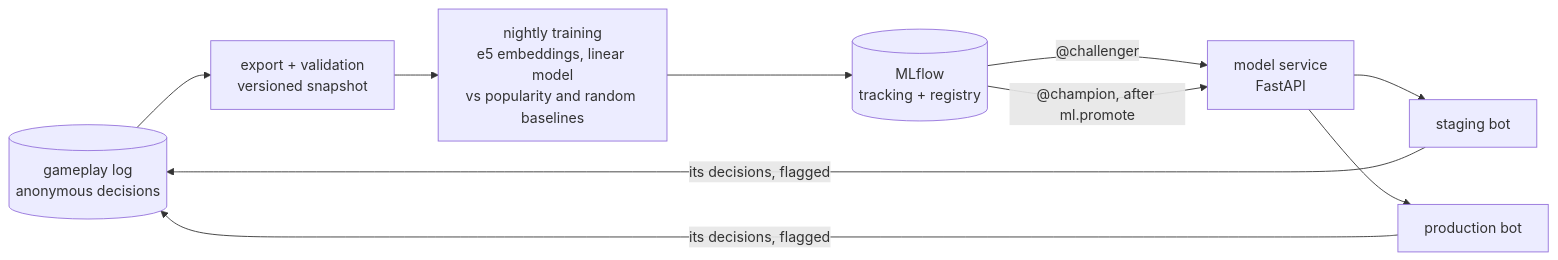
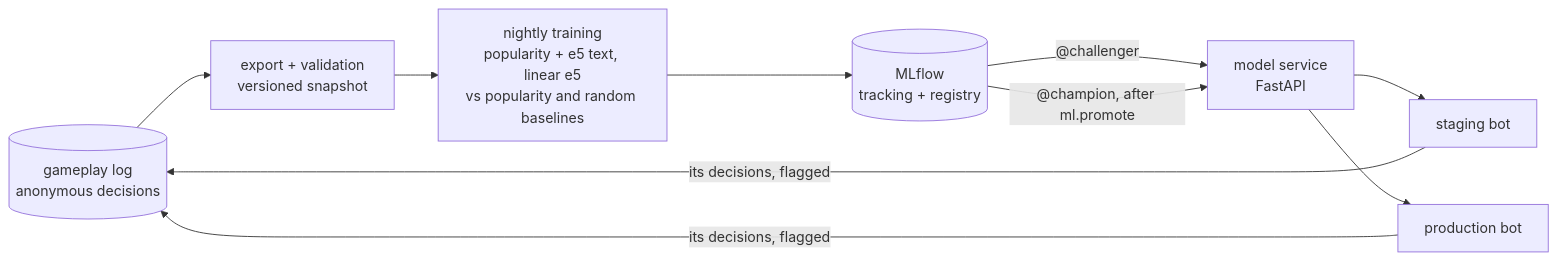
One commit to csipapicsa/emberisegelleneskartyak changed the first of 3 diagrams in README.md. Above: the diagram before and after it, drawn with Mermaid. The commit also changed 2 other files, not shown here.

Commit message:
Nightly training: add popwhite to the grid
The model service reads popwhite versions since #70 (live: /healthz reports
"popularity"). popwhite beat linear e5 by +0.024 test MRR [+0.011, +0.037]
on the 2026-11-19 snapshot, so it should become the challenger; auto-promotion
moves it to champion only if it is significantly better than champion v6.

````diff
--- a/README.md
+++ b/README.md
@@ -43,11 +43,11 @@
 ```mermaid
 flowchart LR
     G[(gameplay log<br>anonymous decisions)] --> X[export + validation<br>versioned snapshot]
-    X --> T[nightly training<br>e5 embeddings, linear model<br>vs popularity and random baselines]
+    X --> T[nightly training<br>popularity + e5 text, linear e5<br>vs popularity and random baselines]
     T --> MF[(MLflow<br>tracking + registry)]
     MF -- "@challenger" --> MS[model service<br>FastAPI]
     MF -- "@champion, after ml.promote" --> MS
     MS --> SG[staging bot]
     MS --> PG[production bot]
     SG & PG -- "its decisions, flagged" --> G
 ```
````
